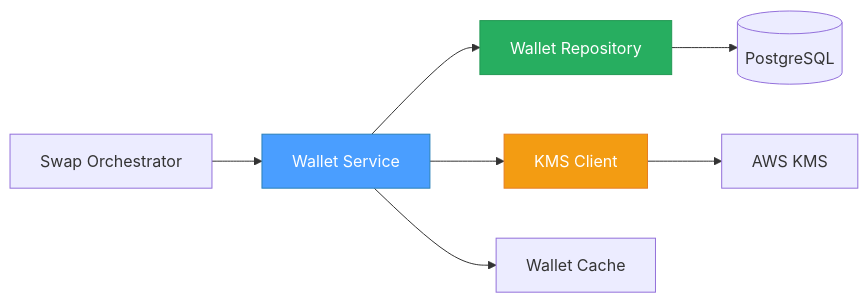
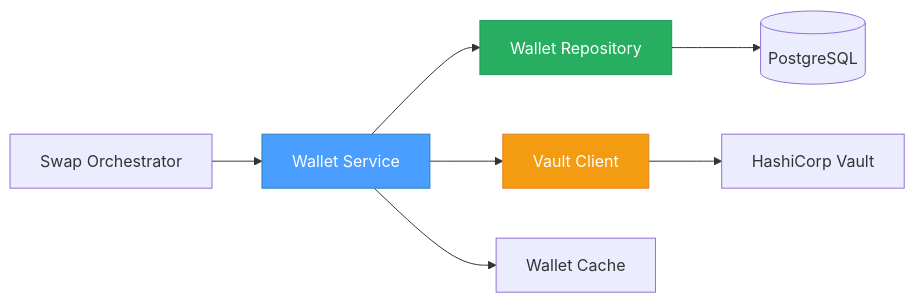
Before and after one commit to fabian416/anvil_backend: the first of 5 diagrams in docs/ceo/agents/swap/backend/01_HYPERLIQUID_WALLET_MANAGEMENT_SPEC.md, drawn with Mermaid. The commit also changed other lines of this file and 3 other files, not shown here.

First line of the commit message:
docs: Update wallet spec to use HashiCorp Vault instead of AWS KMS

````diff
--- a/docs/ceo/agents/swap/backend/01_HYPERLIQUID_WALLET_MANAGEMENT_SPEC.md
+++ b/docs/ceo/agents/swap/backend/01_HYPERLIQUID_WALLET_MANAGEMENT_SPEC.md
@@ -29,13 +29,13 @@
 ```mermaid
 graph LR
     A[Swap Orchestrator] --> B[Wallet Service]
     B --> C[Wallet Repository]
-    B --> D[KMS Client]
+    B --> D[Vault Client]
     B --> E[Wallet Cache]
     C --> F[(PostgreSQL)]
-    D --> G[AWS KMS]
+    D --> G[HashiCorp Vault]
 
     style B fill:#4a9eff,stroke:#2980b9,color:#fff
     style D fill:#f39c12,stroke:#e67e22,color:#fff
     style C fill:#27ae60,stroke:#229954,color:#fff
 ```
````
